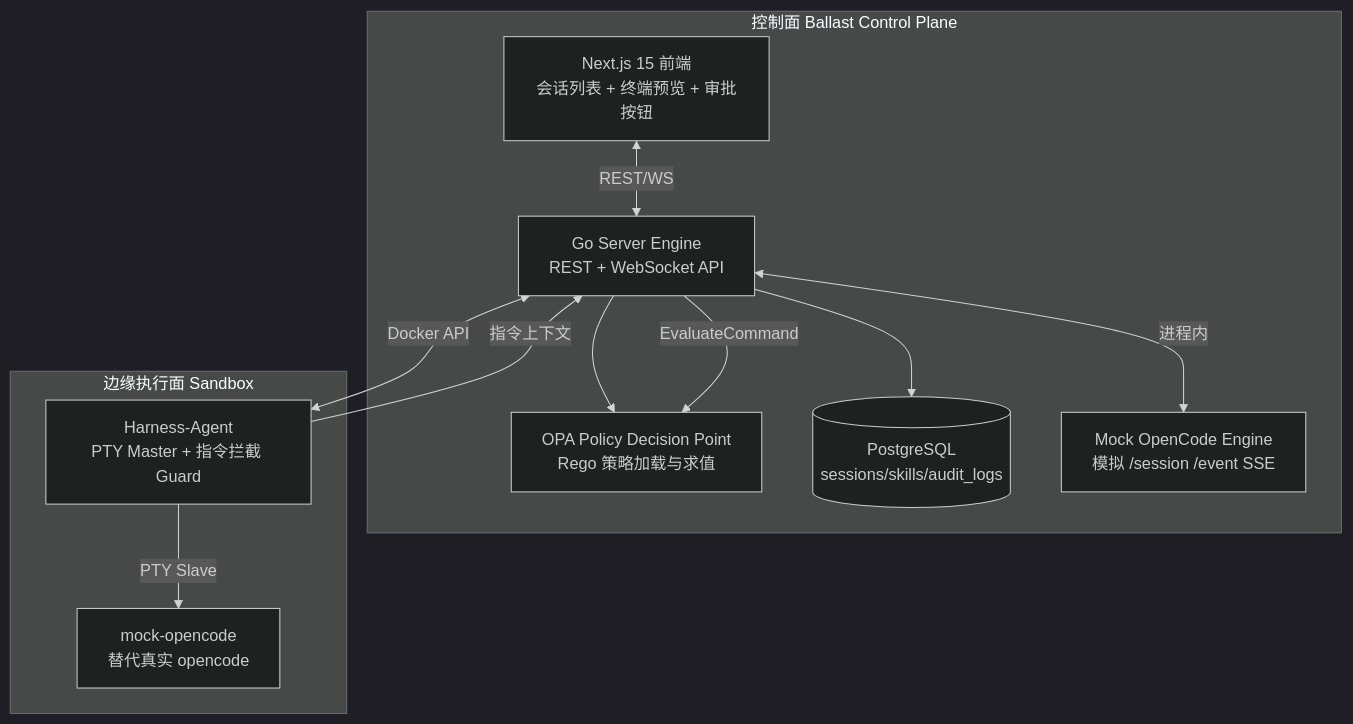
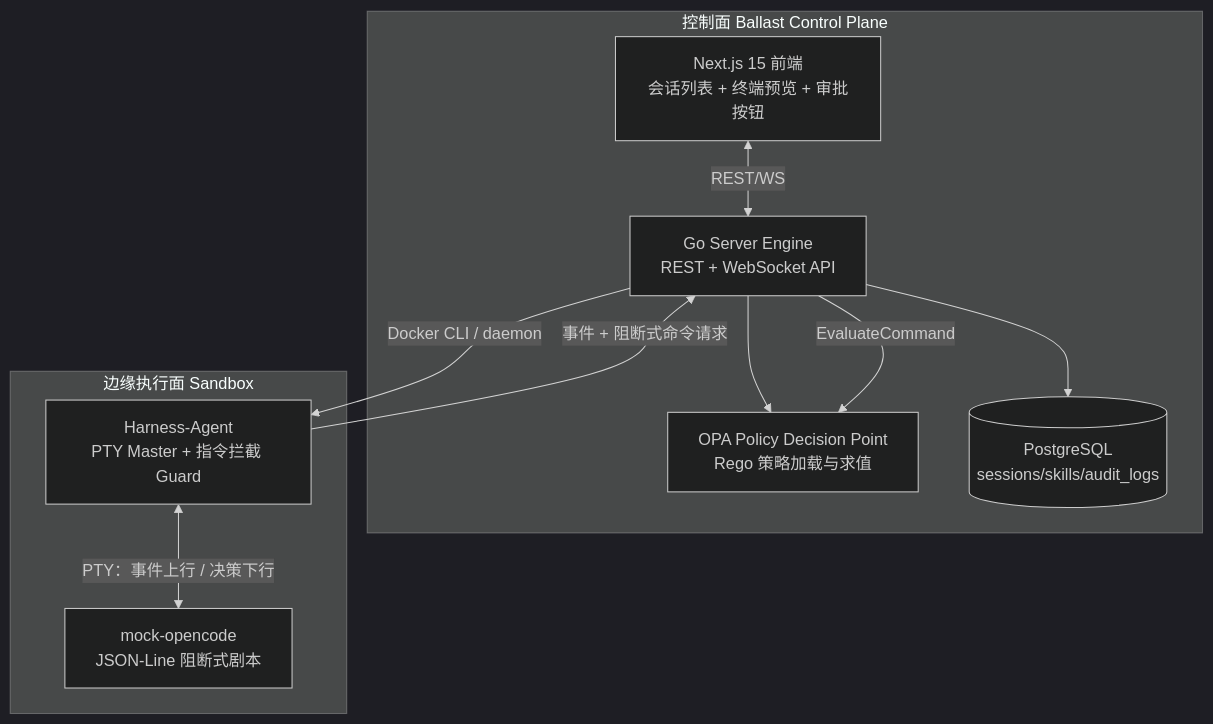
Before and after one commit to liu-kaining/Ballast: the diagram in README.md, drawn with Mermaid (dark theme). The commit also changed other lines of this file and 50 other files, not shown here.

````diff
--- a/README.md
+++ b/README.md
@@ -43,24 +44,22 @@
 ```mermaid
 flowchart TB
     subgraph cp [控制面 Ballast Control Plane]
         WebUI[Next.js 15 前端<br/>会话列表 + 终端预览 + 审批按钮]
         GoSrv[Go Server Engine<br/>REST + WebSocket API]
         OPA[OPA Policy Decision Point<br/>Rego 策略加载与求值]
         DB[(PostgreSQL<br/>sessions/skills/audit_logs)]
-        MockOC[Mock OpenCode Engine<br/>模拟 /session /event SSE]
     end
 
     subgraph sb [边缘执行面 Sandbox]
         Harness[Harness-Agent<br/>PTY Master + 指令拦截 Guard]
-        MockProc[mock-opencode<br/>替代真实 opencode]
+        MockProc[mock-opencode<br/>JSON-Line 阻断式剧本]
     end
 
     WebUI <-->|REST/WS| GoSrv
-    GoSrv <-->|进程内| MockOC
-    GoSrv <-->|Docker API| Harness
+    GoSrv -->|Docker CLI / daemon| Harness
     GoSrv --> OPA
     GoSrv --> DB
-    Harness -->|PTY Slave| MockProc
-    Harness -->|指令上下文| GoSrv
+    Harness <-->|PTY：事件上行 / 决策下行| MockProc
+    Harness -->|事件 + 阻断式命令请求| GoSrv
     GoSrv -->|EvaluateCommand| OPA
 ```
````
